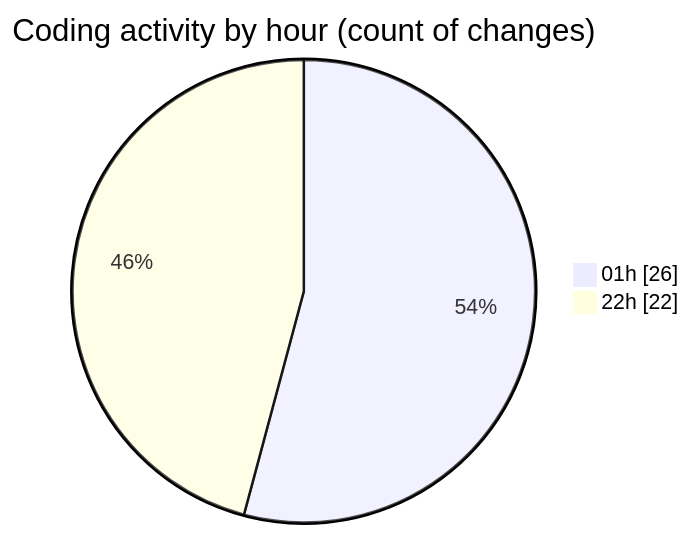
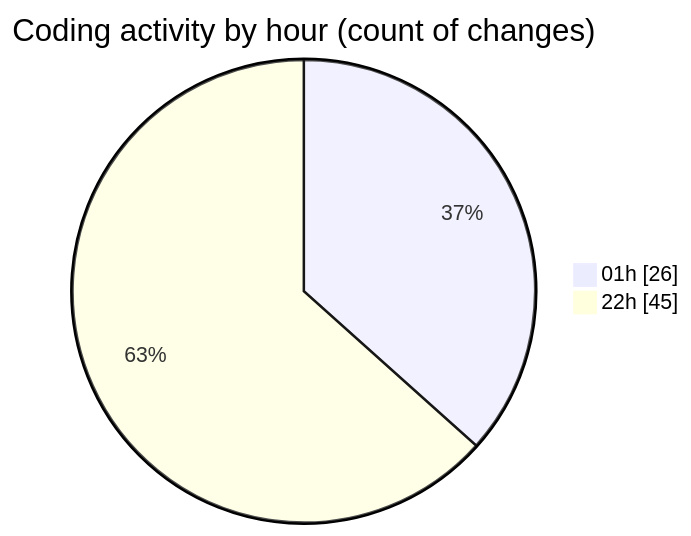
One commit to Ritupan-Deka/code-tracking changed the second of 2 diagrams in 2025-01-28/0starter_files/README.md. Above: the diagram before and after it, drawn with Mermaid. The commit also changed other lines of this file and 1 other file, not shown here.

````diff
--- a/2025-01-28/0starter_files/README.md
+++ b/2025-01-28/0starter_files/README.md
@@ -28,6 +28,6 @@
 ```mermaid
 pie showData
 title Coding activity by hour (count of changes)
 "01h" : 26
-"22h" : 22
+"22h" : 45
 ```
````
